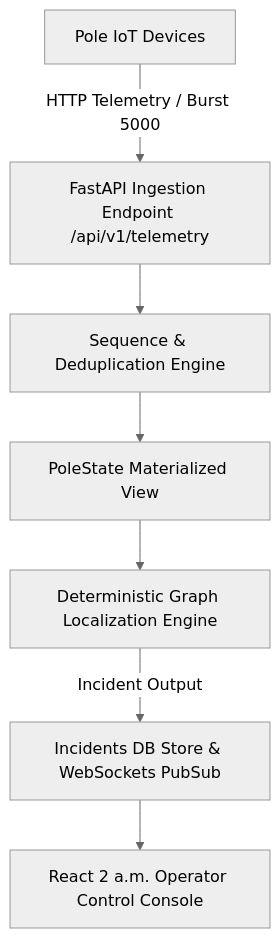
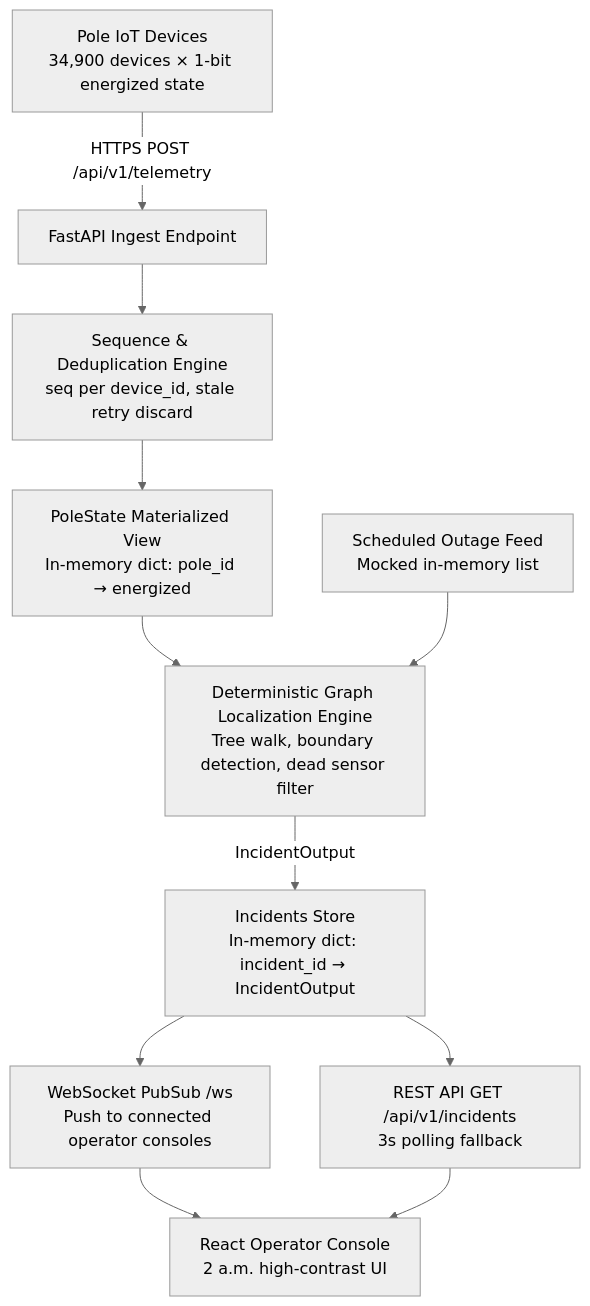
One commit to adityapichikala/prophel changed the diagram in ARCHITECTURE.md. Above: the diagram before and after it, drawn with Mermaid (neutral theme). The commit also changed other lines of this file and 4 other files, not shown here.

````diff
--- a/ARCHITECTURE.md
+++ b/ARCHITECTURE.md
@@ -9,9 +9,13 @@
 ```mermaid
 graph TD
-  A[Pole IoT Devices] -->|HTTP Telemetry / Burst 5000| B[FastAPI Ingestion Endpoint /api/v1/telemetry]
-  B --> C[Sequence & Deduplication Engine]
-  C --> D[PoleState Materialized View]
-  D --> E[Deterministic Graph Localization Engine]
-  E -->|Incident Output| F[Incidents DB Store & WebSockets PubSub]
-  F --> G[React 2 a.m. Operator Control Console]
+  A[Pole IoT Devices<br/>34,900 devices × 1-bit energized state] -->|HTTPS POST /api/v1/telemetry| B[FastAPI Ingest Endpoint]
+  B --> C[Sequence & Deduplication Engine<br/>seq per device_id, stale retry discard]
+  C --> D[PoleState Materialized View<br/>In-memory dict: pole_id → energized]
+  D --> E[Deterministic Graph Localization Engine<br/>Tree walk, boundary detection, dead sensor filter]
+  E -->|IncidentOutput| F[Incidents Store<br/>In-memory dict: incident_id → IncidentOutput]
+  F --> G[WebSocket PubSub /ws<br/>Push to connected operator consoles]
+  F --> H[REST API GET /api/v1/incidents<br/>3s polling fallback]
+  G --> I[React Operator Console<br/>2 a.m. high-contrast UI]
+  H --> I
+  J[Scheduled Outage Feed<br/>Mocked in-memory list] --> E
 ```
````
